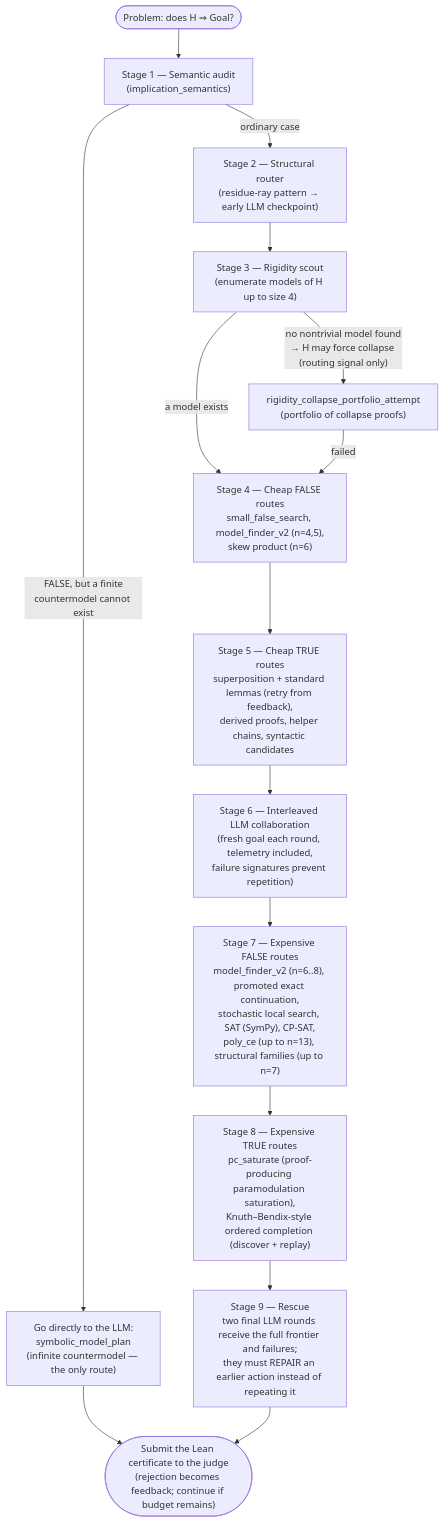
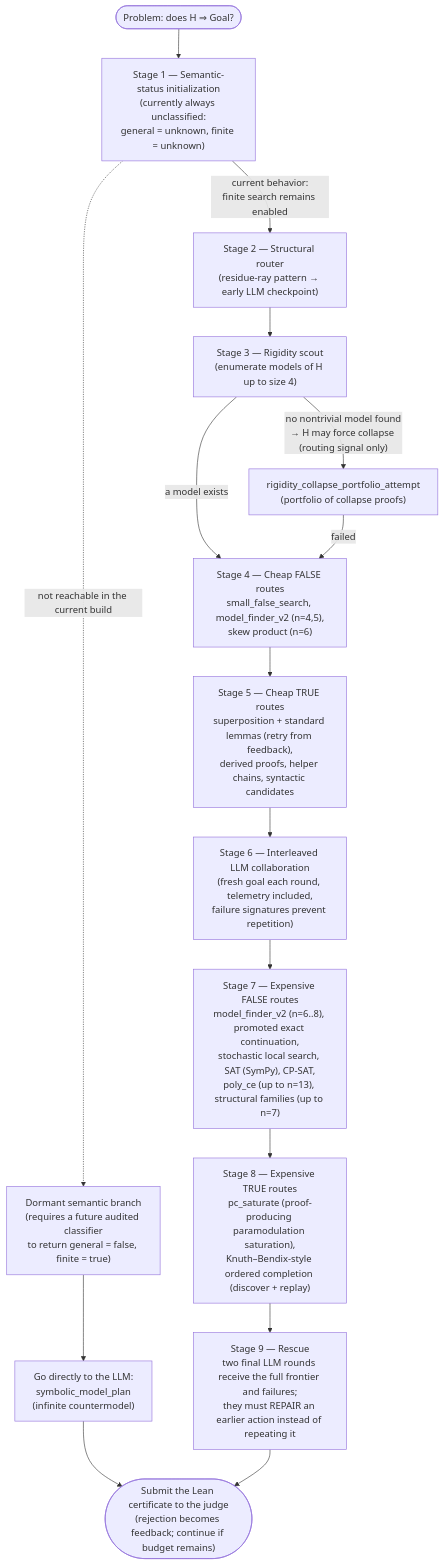
One commit to IamKrill1n/MagmaBallz changed the second of 4 diagrams in SOLVER_STRATEGY_DIAGRAM.md. Above: the diagram before and after it, drawn with Mermaid. The commit also changed other lines of this file and 1 other file, not shown here.

````diff
--- a/SOLVER_STRATEGY_DIAGRAM.md
+++ b/SOLVER_STRATEGY_DIAGRAM.md
@@ -95,30 +95,33 @@
 ```mermaid
 flowchart TD
     START(["Problem: does H ⇒ Goal?"]) --> S1
 
-    S1["Stage 1 — Semantic audit<br/>(implication_semantics)"]
-    S1 -- "FALSE, but a finite<br/>countermodel cannot exist" --> INF["Go directly to the LLM:<br/>symbolic_model_plan<br/>(infinite countermodel — the only route)"]
-    S1 -- "ordinary case" --> S2
+    S1["Stage 1 — Semantic-status initialization<br/>(currently always unclassified:<br/>general = unknown, finite = unknown)"]
+    S1 -- "current behavior:<br/>finite search remains enabled" --> S2
+
+    DORMANT["Dormant semantic branch<br/>(requires a future audited classifier<br/>to return general = false, finite = true)"]
+    S1 -. "not reachable in the current build" .-> DORMANT
+    DORMANT --> INF["Go directly to the LLM:<br/>symbolic_model_plan<br/>(infinite countermodel)"]
 
     S2["Stage 2 — Structural router<br/>(residue-ray pattern → early LLM checkpoint)"] --> S3
 
     S3["Stage 3 — Rigidity scout<br/>(enumerate models of H up to size 4)"]
     S3 -- "no nontrivial model found<br/>→ H may force collapse (routing signal only)" --> COLL["rigidity_collapse_portfolio_attempt<br/>(portfolio of collapse proofs)"]
     S3 -- "a model exists" --> S4
     COLL -- "failed" --> S4
 
     S4["Stage 4 — Cheap FALSE routes<br/>small_false_search, model_finder_v2 (n=4,5),<br/>skew product (n=6)"] --> S5
 
     S5["Stage 5 — Cheap TRUE routes<br/>superposition + standard lemmas (retry from feedback),<br/>derived proofs, helper chains, syntactic candidates"] --> S6
 
     S6["Stage 6 — Interleaved LLM collaboration<br/>(fresh goal each round, telemetry included,<br/>failure signatures prevent repetition)"] --> S7
 
     S7["Stage 7 — Expensive FALSE routes<br/>model_finder_v2 (n=6..8), promoted exact continuation,<br/>stochastic local search, SAT (SymPy), CP-SAT,<br/>poly_ce (up to n=13), structural families (up to n=7)"] --> S8
 
     S8["Stage 8 — Expensive TRUE routes<br/>pc_saturate (proof-producing paramodulation saturation),<br/>Knuth–Bendix-style ordered completion (discover + replay)"] --> S9
 
     S9["Stage 9 — Rescue<br/>two final LLM rounds receive the full frontier and failures;<br/>they must REPAIR an earlier action instead of repeating it"]
 
     INF --> SUBMIT
     S9 --> SUBMIT(["Submit the Lean certificate to the judge<br/>(rejection becomes feedback; continue if budget remains)"])
 ```
````
